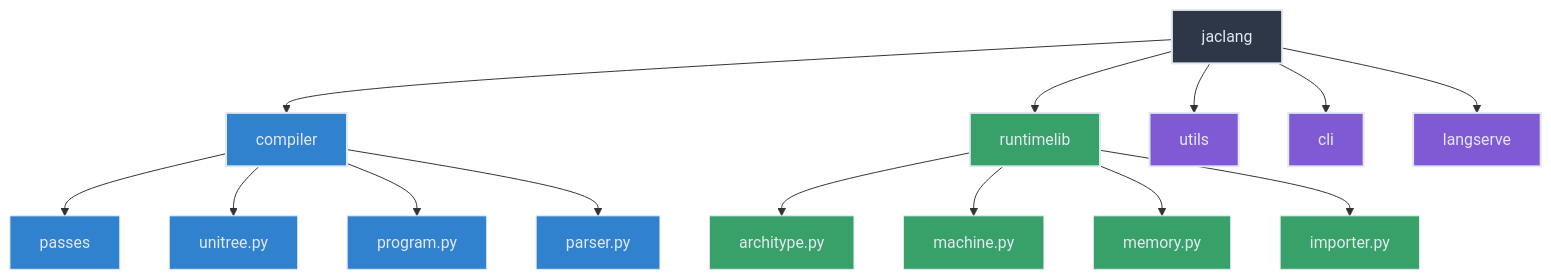
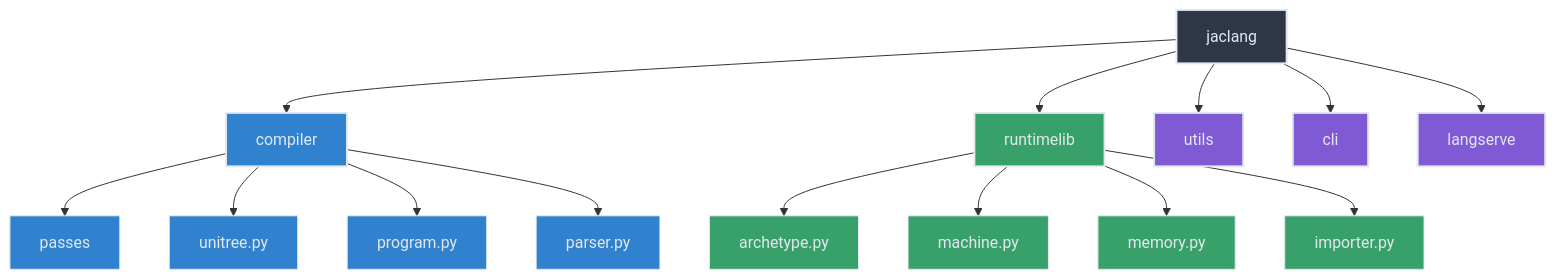
One commit to Jaseci-Labs/jaseci changed diagram 12 of 13 in docs/docs/internals/internals.md. Above: the diagram before and after it, drawn with Mermaid. The commit also changed other lines of this file and 85 other files, not shown here.

````diff
--- a/docs/docs/internals/internals.md
+++ b/docs/docs/internals/internals.md
@@ -731,33 +731,33 @@
 ```mermaid
 graph TD
     A[jaclang] --> B[compiler]
     A --> C[runtimelib]
     A --> D[utils]
     A --> E[cli]
     A --> F[langserve]
 
     B --> B1[passes]
     B --> B2[unitree.py]
     B --> B3[program.py]
     B --> B4[parser.py]
 
-    C --> C1[architype.py]
+    C --> C1[archetype.py]
     C --> C2[machine.py]
     C --> C3[memory.py]
     C --> C4[importer.py]
 
     style A fill:#2d3748,stroke:#e2e8f0,stroke-width:2px,color:#e2e8f0
     style B fill:#3182ce,stroke:#e2e8f0,stroke-width:2px,color:#e2e8f0
     style C fill:#38a169,stroke:#e2e8f0,stroke-width:2px,color:#e2e8f0
     style D fill:#805ad5,stroke:#e2e8f0,stroke-width:2px,color:#e2e8f0
     style E fill:#805ad5,stroke:#e2e8f0,stroke-width:2px,color:#e2e8f0
     style F fill:#805ad5,stroke:#e2e8f0,stroke-width:2px,color:#e2e8f0
     style B1 fill:#3182ce,stroke:#e2e8f0,stroke-width:1px,color:#e2e8f0
     style B2 fill:#3182ce,stroke:#e2e8f0,stroke-width:1px,color:#e2e8f0
     style B3 fill:#3182ce,stroke:#e2e8f0,stroke-width:1px,color:#e2e8f0
     style B4 fill:#3182ce,stroke:#e2e8f0,stroke-width:1px,color:#e2e8f0
     style C1 fill:#38a169,stroke:#e2e8f0,stroke-width:1px,color:#e2e8f0
     style C2 fill:#38a169,stroke:#e2e8f0,stroke-width:1px,color:#e2e8f0
     style C3 fill:#38a169,stroke:#e2e8f0,stroke-width:1px,color:#e2e8f0
     style C4 fill:#38a169,stroke:#e2e8f0,stroke-width:1px,color:#e2e8f0
 ```
````
